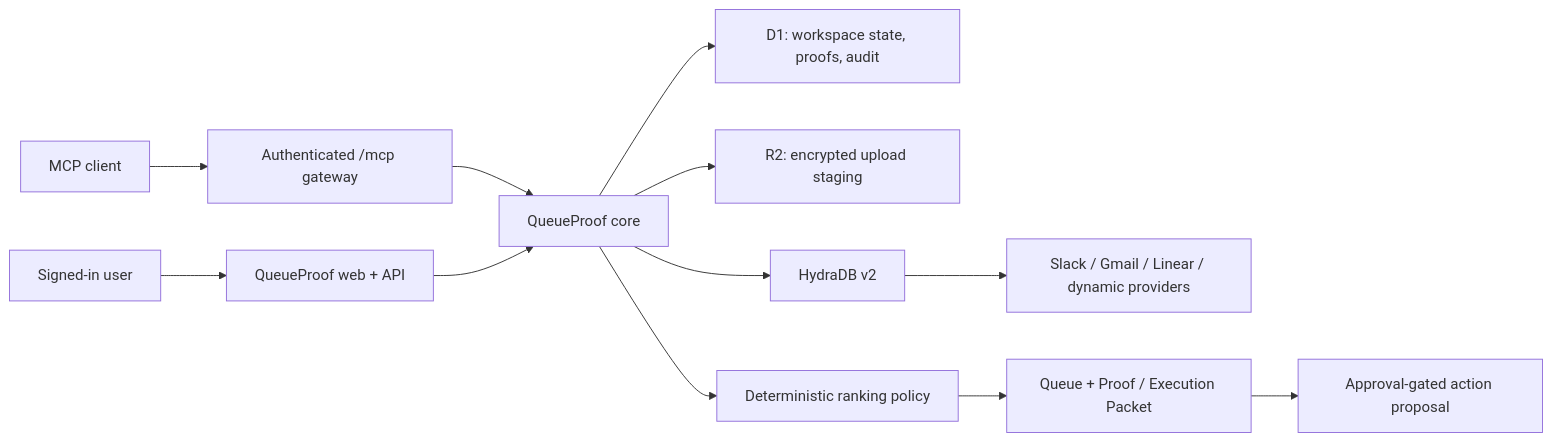
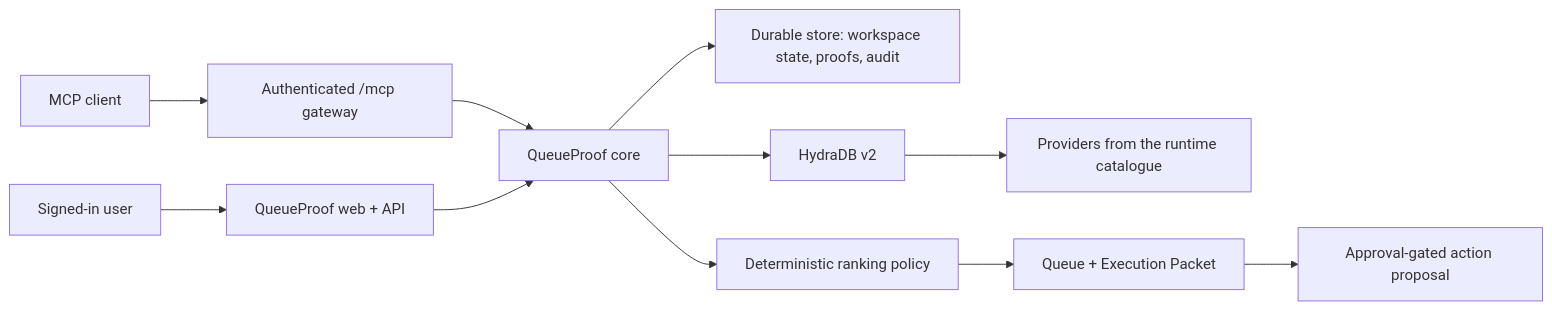
Before and after one commit to vaibhav4046/queueproof: the diagram in ARCHITECTURE.md, drawn with Mermaid. The commit also changed other lines of this file and 8 other files, not shown here.

````diff
--- a/ARCHITECTURE.md
+++ b/ARCHITECTURE.md
@@ -5,14 +5,13 @@
 ```mermaid
 flowchart LR
   Browser["Signed-in user"] --> Web["QueueProof web + API"]
   Agent["MCP client"] --> Gateway["Authenticated /mcp gateway"]
   Gateway --> Core["QueueProof core"]
   Web --> Core
-  Core --> D1["D1: workspace state, proofs, audit"]
-  Core --> R2["R2: encrypted upload staging"]
+  Core --> Store["Durable store: workspace state, proofs, audit"]
   Core --> Hydra["HydraDB v2"]
-  Hydra --> Providers["Slack / Gmail / Linear / dynamic providers"]
+  Hydra --> Providers["Providers from the runtime catalogue"]
   Core --> Rank["Deterministic ranking policy"]
-  Rank --> Packet["Queue + Proof / Execution Packet"]
+  Rank --> Packet["Queue + Execution Packet"]
   Packet --> Proposal["Approval-gated action proposal"]
 ```
````
